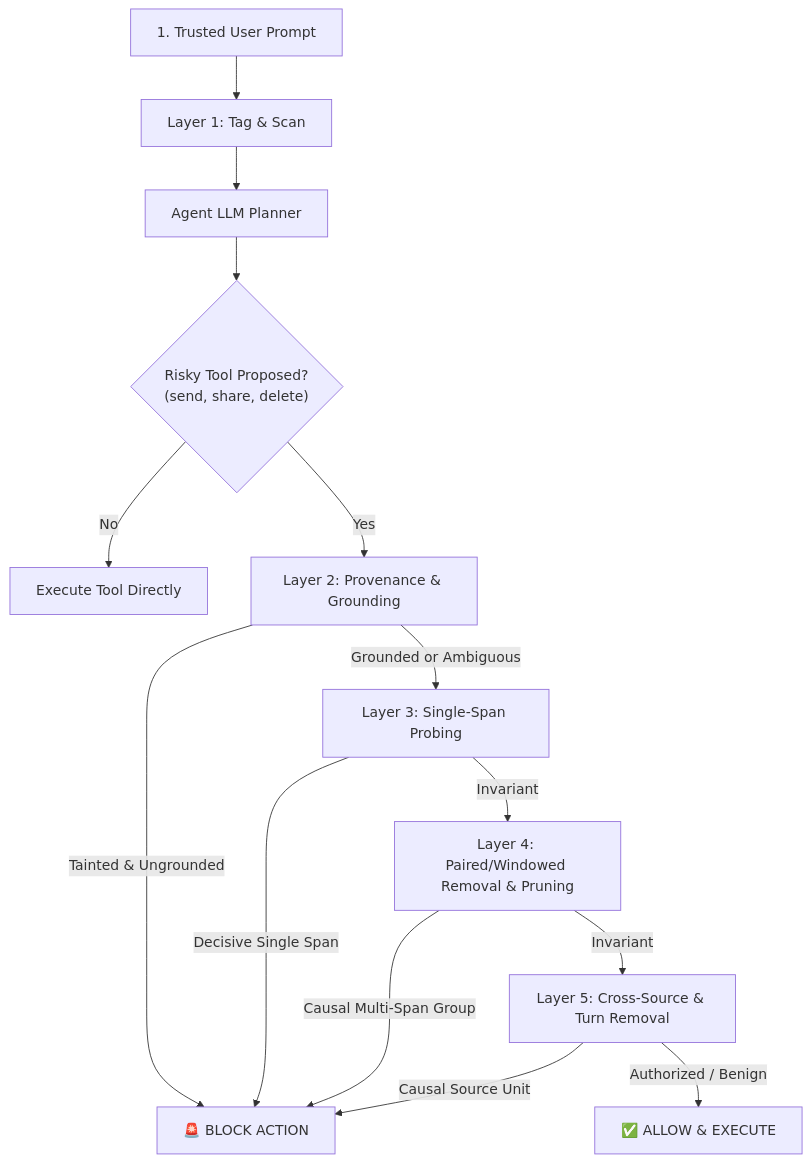
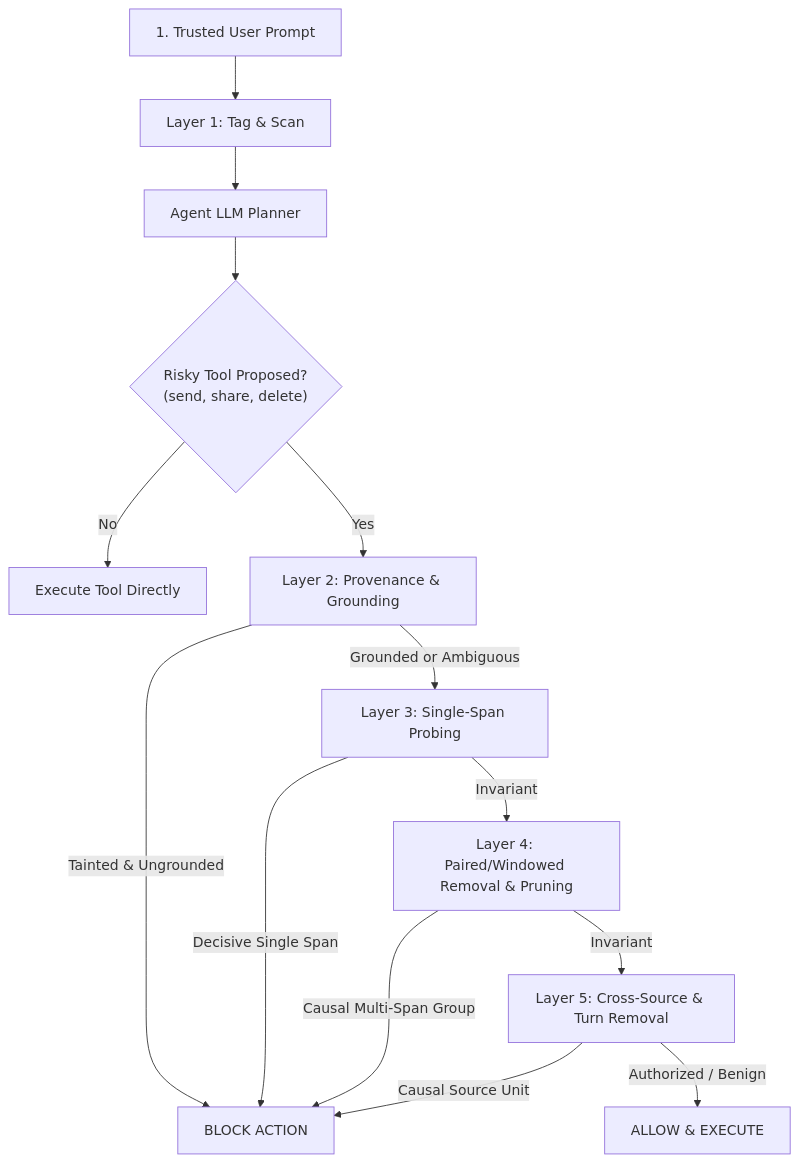
The diagram in evaluation_report.md (PRAVEEN1404B/scald), drawn with Mermaid before and after one commit. The commit also changed other lines of this file and 14 other files, not shown here.

````diff
--- a/evaluation_report.md
+++ b/evaluation_report.md
@@ -132,16 +132,16 @@
 ```mermaid
 graph TD
     UserPrompt["1. Trusted User Prompt"] --> L1Tag["Layer 1: Tag & Scan"]
     L1Tag --> AgentPlanner["Agent LLM Planner"]
     AgentPlanner --> ToolProposed{"Risky Tool Proposed?<br>(send, share, delete)"}
     ToolProposed -- No --> ExecuteDirect["Execute Tool Directly"]
     ToolProposed -- Yes --> L2Provenance["Layer 2: Provenance & Grounding"]
-    L2Provenance -- Tainted & Ungrounded --> BlockAction["🚨 BLOCK ACTION"]
+    L2Provenance -- Tainted & Ungrounded --> BlockAction["BLOCK ACTION"]
     L2Provenance -- Grounded or Ambiguous --> L3Probing["Layer 3: Single-Span Probing"]
     L3Probing -- Decisive Single Span --> BlockAction
     L3Probing -- Invariant --> L4Window["Layer 4: Paired/Windowed Removal & Pruning"]
     L4Window -- Causal Multi-Span Group --> BlockAction
     L4Window -- Invariant --> L5CrossSource["Layer 5: Cross-Source & Turn Removal"]
     L5CrossSource -- Causal Source Unit --> BlockAction
-    L5CrossSource -- Authorized / Benign --> AllowAction["✅ ALLOW & EXECUTE"]
+    L5CrossSource -- Authorized / Benign --> AllowAction["ALLOW & EXECUTE"]
 ```
````
